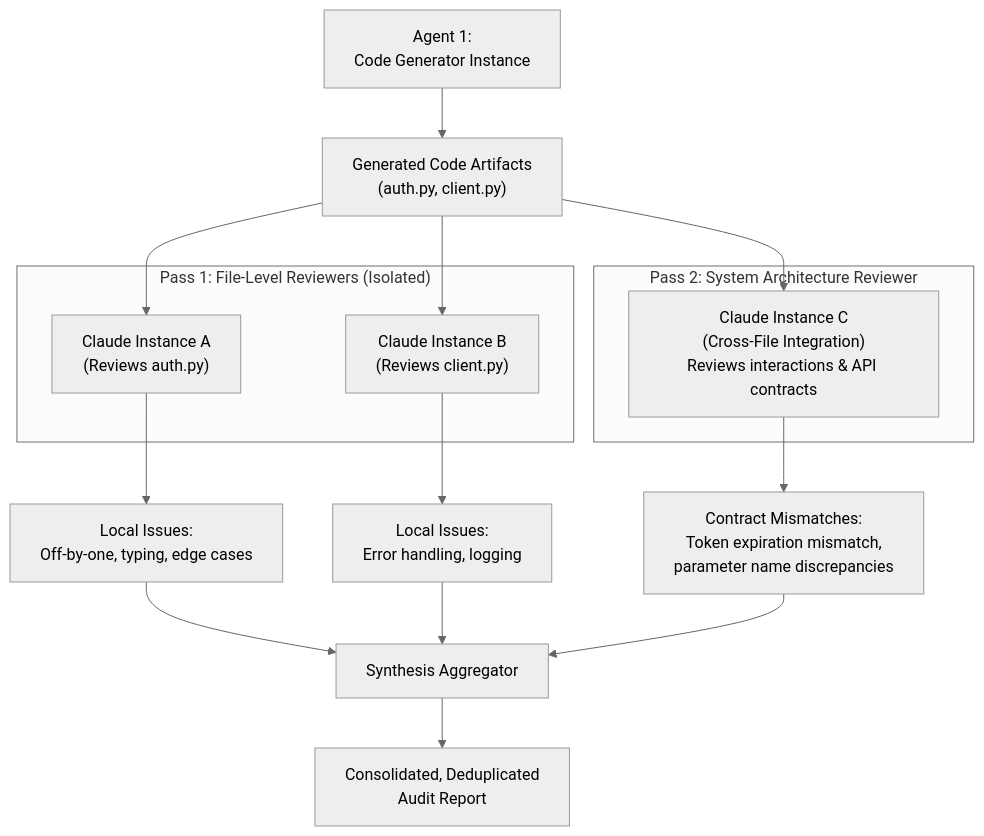
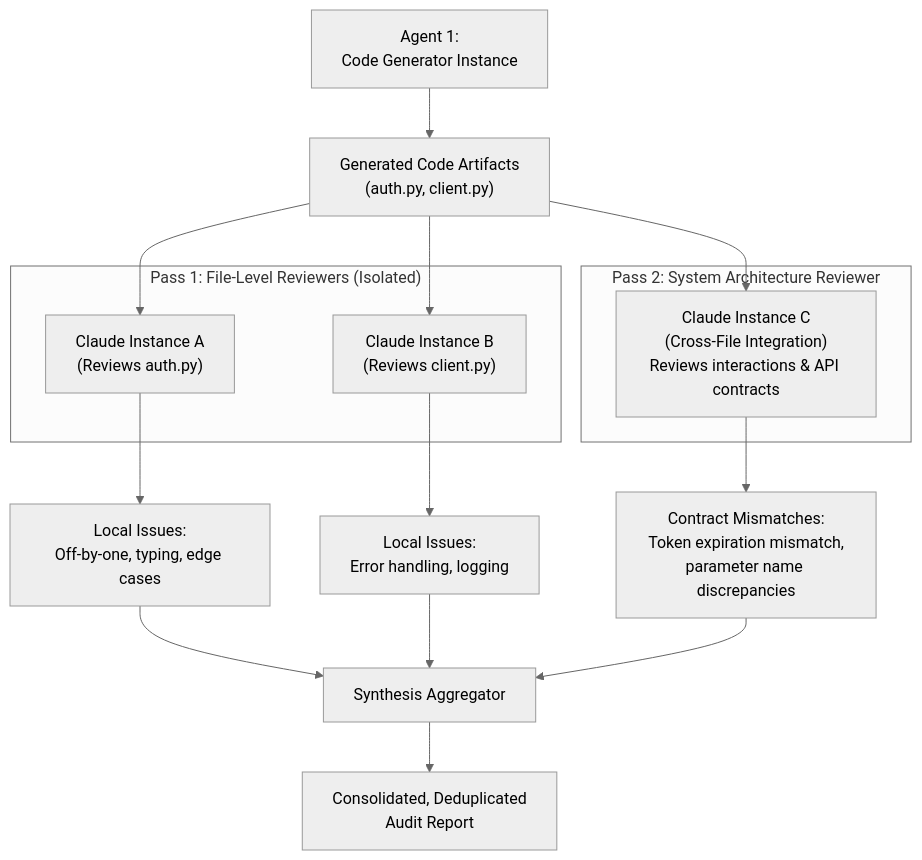
The diagram in domain4/ts_4_6_multi_pass_review/README.md (dip4k/claude_cert_architect_foundation_prep), drawn with Mermaid (neutral theme) before and after one commit. The commit also changed other lines of this file and 50 other files, not shown here.

Commit message:
docs(domain): complete 30 task statement study guides and enforce October 2026 Mermaid standards

````diff
--- a/domain4/ts_4_6_multi_pass_review/README.md
+++ b/domain4/ts_4_6_multi_pass_review/README.md
@@ -10,29 +10,28 @@
 ```mermaid
-%%{init: {"flowchart": {"htmlLabels": true, "wrappingWidth": 250}}}%%
 flowchart TD
-    Generator["Agent 1:<br/>Code Generator Instance"] --> Codebase["Generated Code Artifacts<br/>(auth.py, client.py)"]
+    Generator["Agent 1:<br>Code Generator Instance"] --> Codebase["Generated Code Artifacts<br>(auth.py, client.py)"]
     
     subgraph Pass1["Pass 1: File-Level Reviewers (Isolated)"]
-        ReviewerA["Claude Instance A<br/>(Reviews auth.py)"]
-        ReviewerB["Claude Instance B<br/>(Reviews client.py)"]
+        ReviewerA["Claude Instance A<br>(Reviews auth.py)"]
+        ReviewerB["Claude Instance B<br>(Reviews client.py)"]
     end
     
     Codebase --> ReviewerA
     Codebase --> ReviewerB
     
-    ReviewerA --> FileFindingsA["Local Issues:<br/>Off-by-one, typing, edge cases"]
-    ReviewerB --> FileFindingsB["Local Issues:<br/>Error handling, logging"]
+    ReviewerA --> FileFindingsA["Local Issues:<br>Off-by-one, typing, edge cases"]
+    ReviewerB --> FileFindingsB["Local Issues:<br>Error handling, logging"]
     
     subgraph Pass2["Pass 2: System Architecture Reviewer"]
-        CrossReviewer["Claude Instance C<br/>(Cross-File Integration)<br/>Reviews interactions & API contracts"]
+        CrossReviewer["Claude Instance C<br>(Cross-File Integration)<br>Reviews interactions & API contracts"]
     end
     
     Codebase --> CrossReviewer
-    CrossReviewer --> ContractFindings["Contract Mismatches:<br/>Token expiration mismatch,<br/>parameter name discrepancies"]
+    CrossReviewer --> ContractFindings["Contract Mismatches:<br>Token expiration mismatch,<br>parameter name discrepancies"]
     
     FileFindingsA --> Aggregator["Synthesis Aggregator"]
     FileFindingsB --> Aggregator
     ContractFindings --> Aggregator
     
-    Aggregator --> FinalAudit["Consolidated, Deduplicated<br/>Audit Report"]
+    Aggregator --> FinalAudit["Consolidated, Deduplicated<br>Audit Report"]
 ```
````
